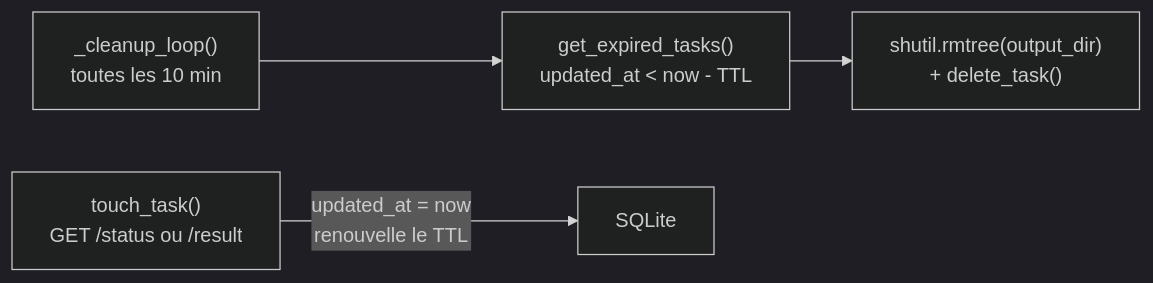
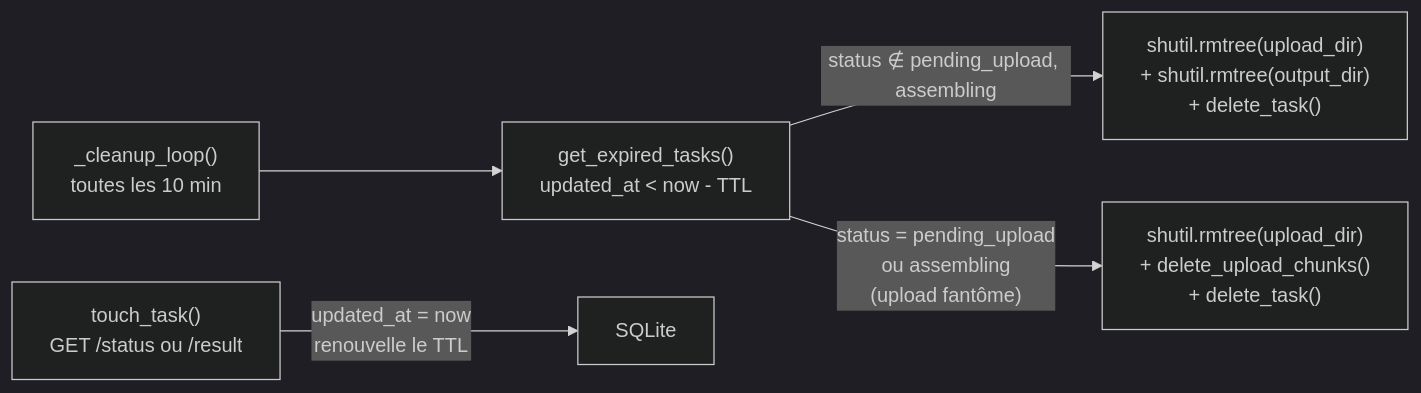
Before and after one commit to CRH-EHESS/Histoolbox: the seventh of 7 diagrams in ARCHITECTURE.md, drawn with Mermaid (dark theme). The commit also changed other lines of this file and 7 other files, not shown here.

````diff
--- a/ARCHITECTURE.md
+++ b/ARCHITECTURE.md
@@ -278,11 +281,14 @@
 ```mermaid
 graph LR
     LOOP["_cleanup_loop()\ntoutes les 10 min"]
     EXP["get_expired_tasks()\nupdated_at < now - TTL"]
-    DEL["shutil.rmtree(output_dir)\n+ delete_task()"]
+    DEL_FULL["shutil.rmtree(upload_dir)\n+ shutil.rmtree(output_dir)\n+ delete_task()"]
+    DEL_GHOST["shutil.rmtree(upload_dir)\n+ delete_upload_chunks()\n+ delete_task()"]
 
-    LOOP --> EXP --> DEL
+    LOOP --> EXP
+    EXP -->|"status ∉ pending_upload, assembling"| DEL_FULL
+    EXP -->|"status = pending_upload\nou assembling\n(upload fantôme)"| DEL_GHOST
 
     TOUCH["touch_task()\nGET /status ou /result"]
     TOUCH -->|"updated_at = now\nrenouvelle le TTL"| DB["SQLite"]
 ```
````
